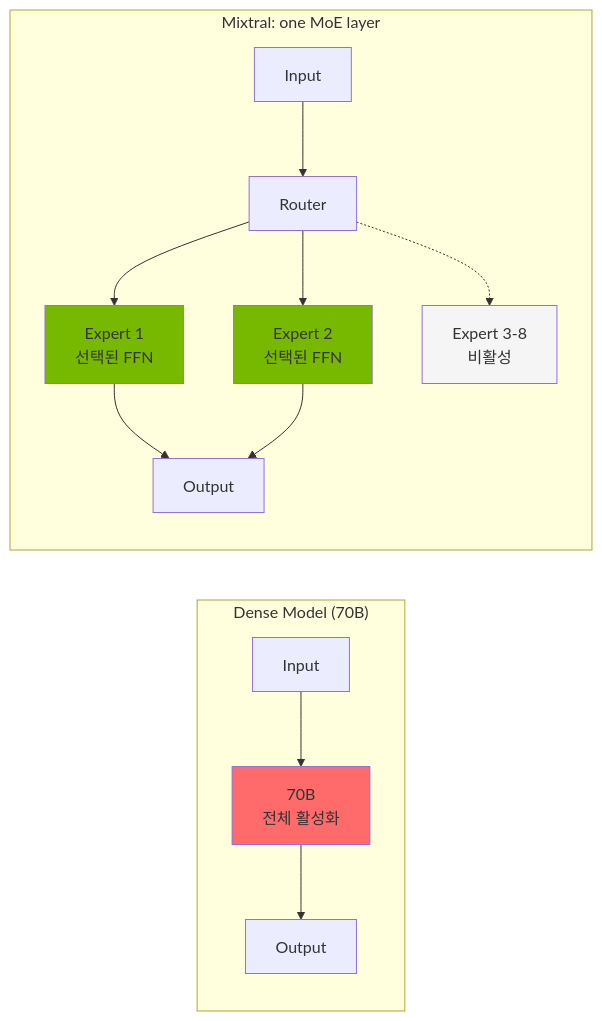
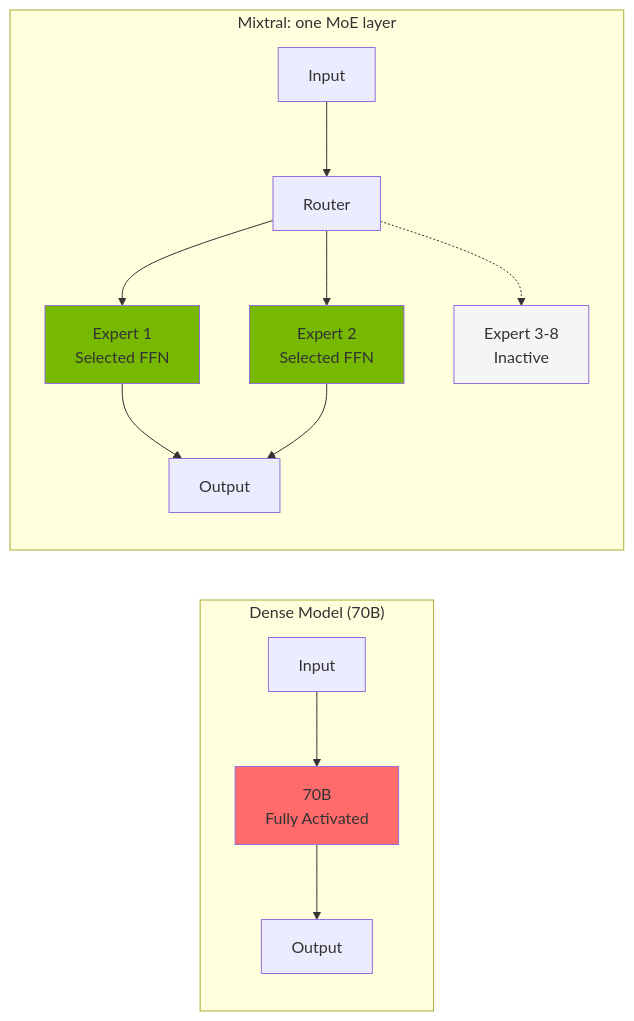
Before and after one commit to devfloor9/engineering-playbook: the second of 6 diagrams in docs/agentic-ai-platform/model-serving/inference-frameworks/moe-model-serving.md, drawn with Mermaid. The commit also changed other lines of this file and 954 other files, not shown here.

````diff
--- a/docs/agentic-ai-platform/model-serving/inference-frameworks/moe-model-serving.md
+++ b/docs/agentic-ai-platform/model-serving/inference-frameworks/moe-model-serving.md
@@ -116,21 +116,21 @@
 ```mermaid
 flowchart LR
     subgraph Dense["Dense Model (70B)"]
-        D_IN[Input] --> D_ALL[70B<br/>전체 활성화]
+        D_IN[Input] --> D_ALL[70B<br/>Fully Activated]
         D_ALL --> D_OUT[Output]
     end
 
     subgraph MoE["Mixtral: one MoE layer"]
         M_IN[Input] --> M_GATE[Router]
-        M_GATE --> M_E1[Expert 1<br/>선택된 FFN]
-        M_GATE --> M_E2[Expert 2<br/>선택된 FFN]
+        M_GATE --> M_E1[Expert 1<br/>Selected FFN]
+        M_GATE --> M_E2[Expert 2<br/>Selected FFN]
         M_E1 --> M_OUT[Output]
         M_E2 --> M_OUT
-        M_GATE -.-> M_E3[Expert 3-8<br/>비활성]
+        M_GATE -.-> M_E3[Expert 3-8<br/>Inactive]
     end
 
     style D_ALL fill:#ff6b6b
     style M_E1 fill:#76b900
     style M_E2 fill:#76b900
     style M_E3 fill:#f5f5f5
 ```
````
